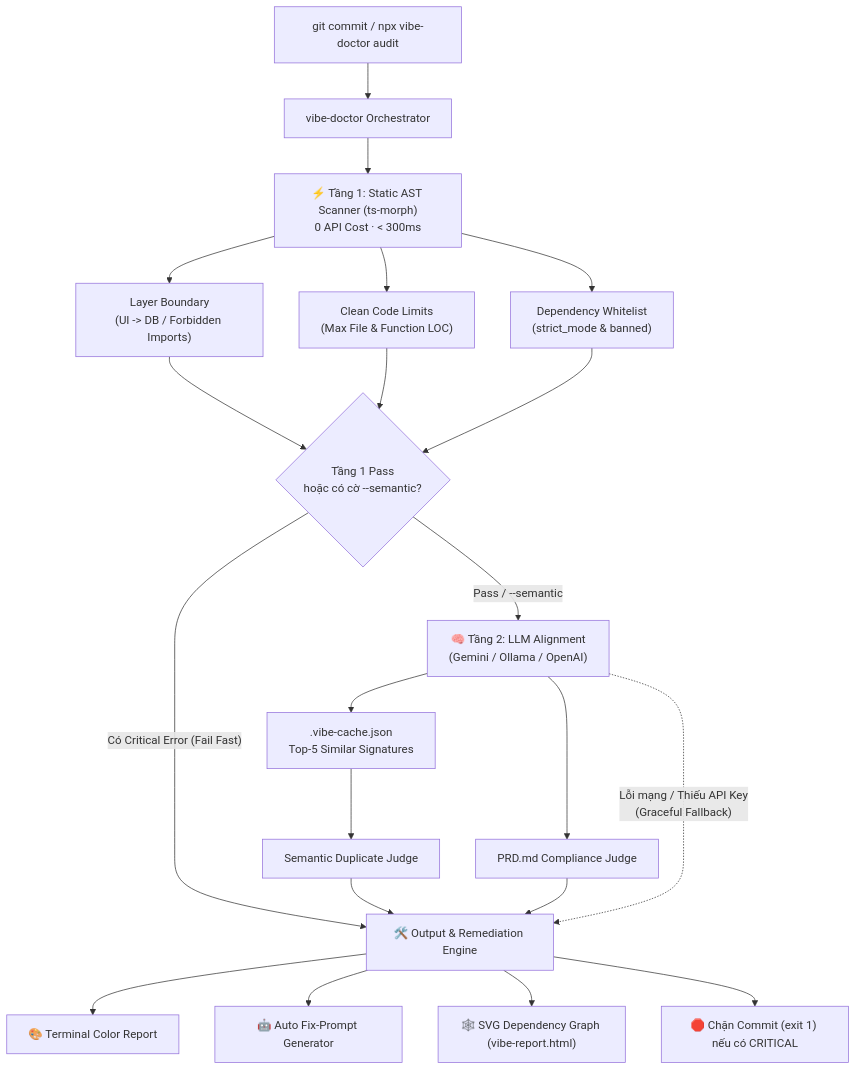
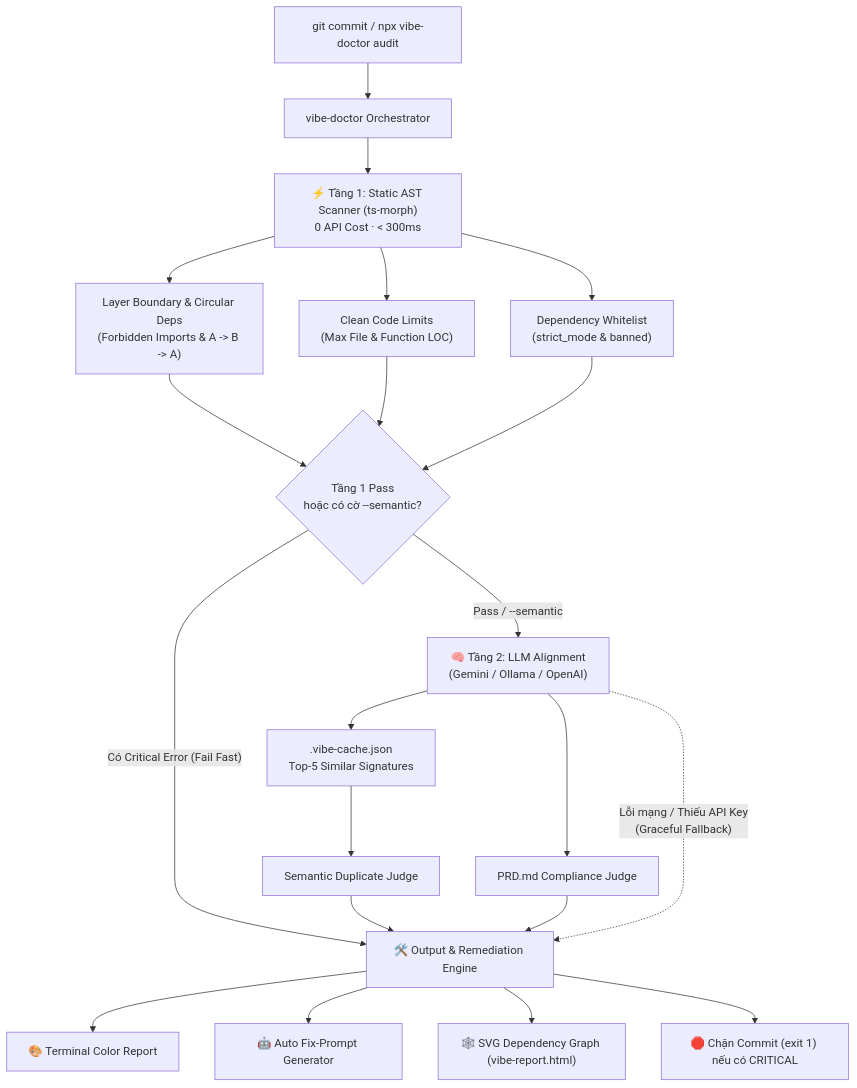
Before and after one commit to 24122050S/Vibe-Doctor: the first of 2 diagrams in README.md, drawn with Mermaid. The commit also changed other lines of this file and 10 other files, not shown here.

````diff
--- a/README.md
+++ b/README.md
@@ -55,26 +55,26 @@
 ```mermaid
 flowchart TD
     Commit["git commit / npx vibe-doctor audit"] --> CLI["vibe-doctor Orchestrator"]
 
     CLI --> Tier1["⚡ Tầng 1: Static AST Scanner (ts-morph)<br/>0 API Cost · < 300ms"]
-    Tier1 --> R1["Layer Boundary<br/>(UI -> DB / Forbidden Imports)"]
+    Tier1 --> R1["Layer Boundary & Circular Deps<br/>(Forbidden Imports & A -> B -> A)"]
     Tier1 --> R2["Clean Code Limits<br/>(Max File & Function LOC)"]
     Tier1 --> R3["Dependency Whitelist<br/>(strict_mode & banned)"]
 
     R1 & R2 & R3 --> Gate{"Tầng 1 Pass<br/>hoặc có cờ --semantic?"}
 
     Gate -- "Có Critical Error (Fail Fast)" --> Engine["🛠️ Output & Remediation Engine"]
     Gate -- "Pass / --semantic" --> Tier2["🧠 Tầng 2: LLM Alignment<br/>(Gemini / Ollama / OpenAI)"]
 
     Tier2 --> Index[".vibe-cache.json<br/>Top-5 Similar Signatures"]
     Index --> S1["Semantic Duplicate Judge"]
     Tier2 --> S2["PRD.md Compliance Judge"]
 
     S1 & S2 --> Engine
     Tier2 -. "Lỗi mạng / Thiếu API Key<br/>(Graceful Fallback)" .-> Engine
 
     Engine --> Out1["🎨 Terminal Color Report"]
     Engine --> Out2["🤖 Auto Fix-Prompt Generator"]
     Engine --> Out3["🕸️ SVG Dependency Graph (vibe-report.html)"]
     Engine --> Out4["🛑 Chặn Commit (exit 1) nếu có CRITICAL"]
 ```
````
